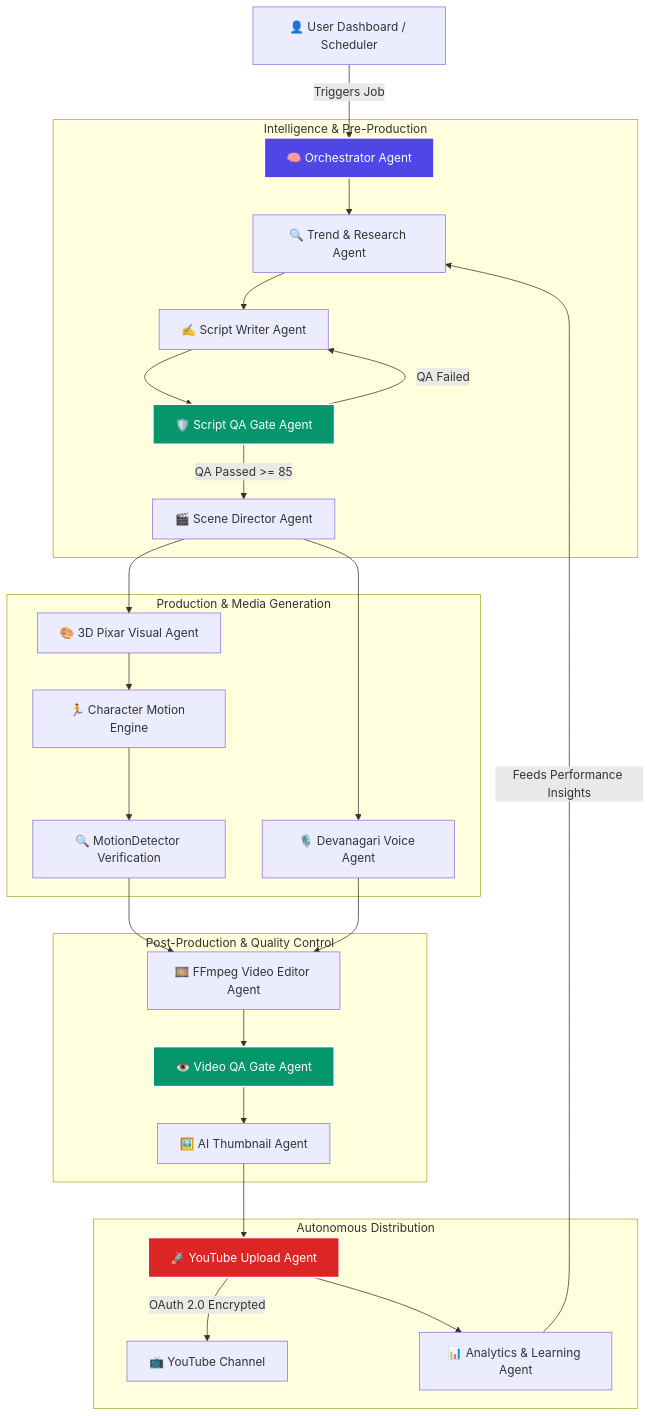
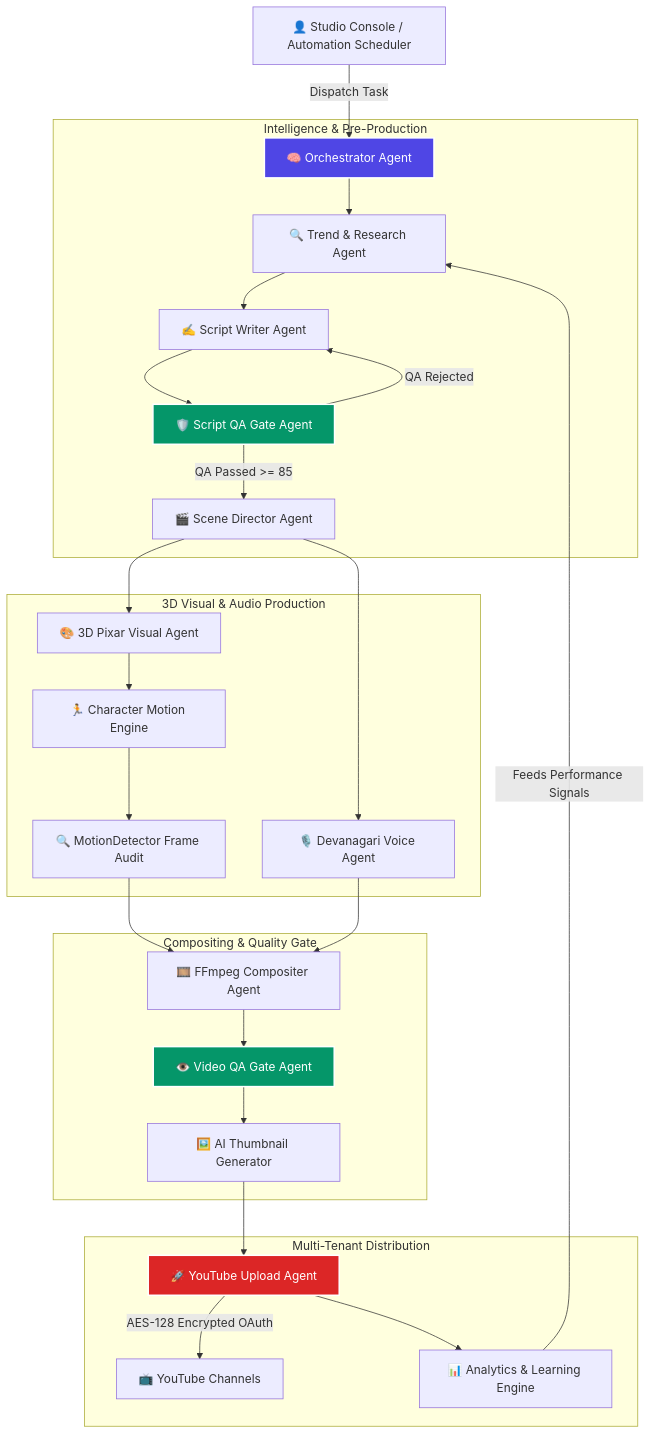
The diagram in README.md (Mithilesh1310/AutoTube-Ai), drawn with Mermaid before and after one commit. The commit also changed other lines of this file, not shown here.

````diff
--- a/README.md
+++ b/README.md
@@ -35,38 +29,38 @@
 ```mermaid
 flowchart TD
-    A[👤 User Dashboard / Scheduler] -->|Triggers Job| B[🧠 Orchestrator Agent]
+    A[👤 Studio Console / Automation Scheduler] -->|Dispatch Task| B[🧠 Orchestrator Agent]
     
     subgraph Intelligence & Pre-Production
         B --> C[🔍 Trend & Research Agent]
         C --> D[✍️ Script Writer Agent]
         D --> E[🛡️ Script QA Gate Agent]
         E -->|QA Passed >= 85| F[🎬 Scene Director Agent]
-        E -->|QA Failed| D
+        E -->|QA Rejected| D
     end
 
-    subgraph Production & Media Generation
+    subgraph 3D Visual & Audio Production
         F --> G[🎨 3D Pixar Visual Agent]
         F --> H[🎙️ Devanagari Voice Agent]
         G --> I[🏃 Character Motion Engine]
-        I --> J[🔍 MotionDetector Verification]
+        I --> J[🔍 MotionDetector Frame Audit]
     end
 
-    subgraph Post-Production & Quality Control
-        J --> K[🎞️ FFmpeg Video Editor Agent]
+    subgraph Compositing & Quality Gate
+        J --> K[🎞️ FFmpeg Compositer Agent]
         H --> K
         K --> L[👁️ Video QA Gate Agent]
-        L --> M[🖼️ AI Thumbnail Agent]
+        L --> M[🖼️ AI Thumbnail Generator]
     end
 
-    subgraph Autonomous Distribution
+    subgraph Multi-Tenant Distribution
         M --> N[🚀 YouTube Upload Agent]
-        N -->|OAuth 2.0 Encrypted| O[📺 YouTube Channel]
-        N --> P[📊 Analytics & Learning Agent]
-        P -->|Feeds Performance Insights| C
+        N -->|AES-128 Encrypted OAuth| O[📺 YouTube Channels]
+        N --> P[📊 Analytics & Learning Engine]
+        P -->|Feeds Performance Signals| C
     end
 
     style B fill:#4f46e5,stroke:#fff,stroke-width:2px,color:#fff
     style E fill:#059669,stroke:#fff,stroke-width:2px,color:#fff
     style L fill:#059669,stroke:#fff,stroke-width:2px,color:#fff
     style N fill:#dc2626,stroke:#fff,stroke-width:2px,color:#fff
 ```
````
